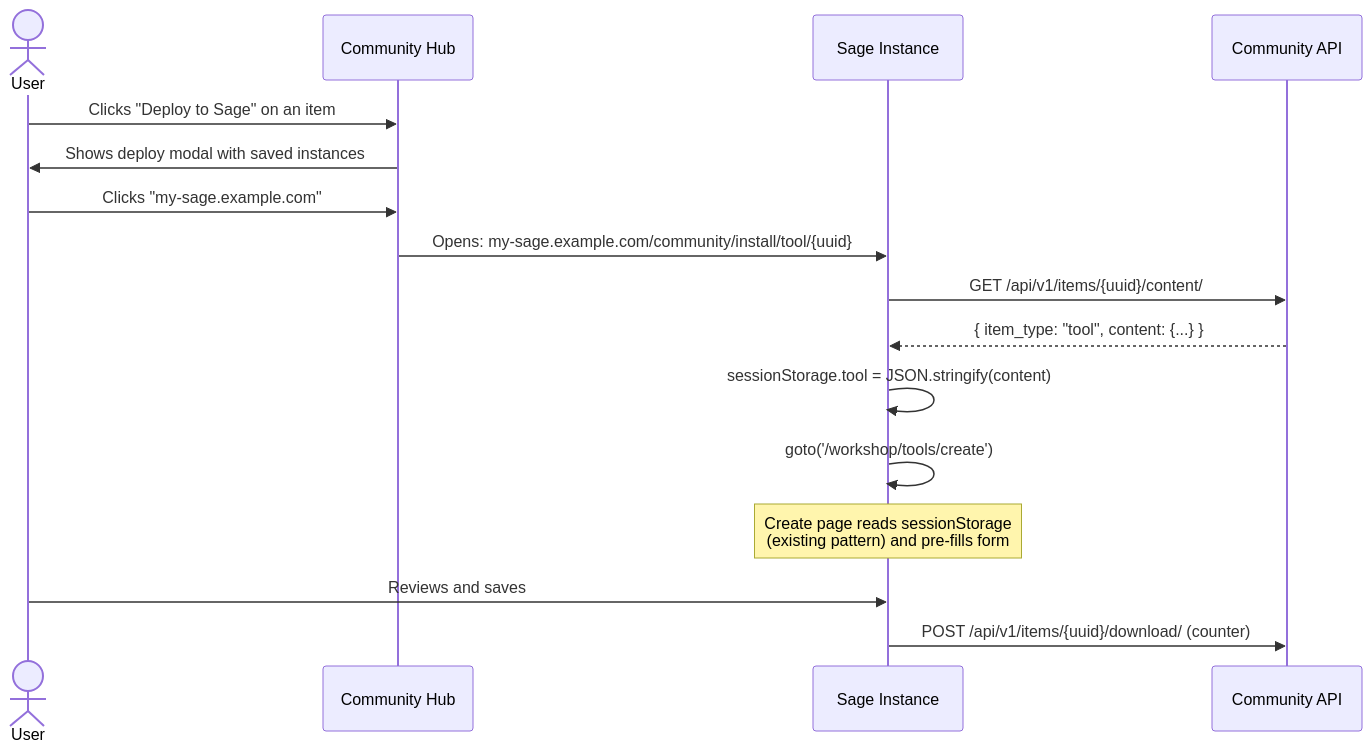
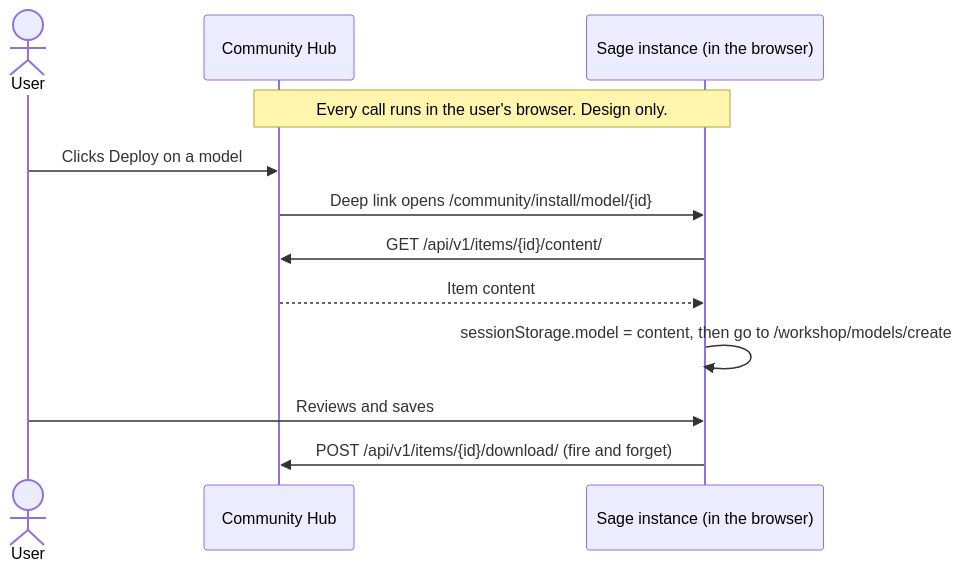
Before and after one commit to Sage-is/AI-UI: the diagram in docs/community-hub.md, drawn with Mermaid. The commit also changed other lines of this file and 44 other files, not shown here.

````diff
--- a/docs/community-hub.md
+++ b/docs/community-hub.md
@@ -56,19 +149,15 @@
 ```mermaid
 sequenceDiagram
     actor U as User
-    participant C as Community Hub
-    participant S as Sage Instance
-    participant API as Community API
+    participant H as Community Hub
+    participant S as Sage instance (in the browser)
 
-    U->>C: Clicks "Deploy to Sage" on an item
-    C->>U: Shows deploy modal with saved instances
-    U->>C: Clicks "my-sage.example.com"
-    C->>S: Opens: my-sage.example.com/community/install/tool/{uuid}
-    S->>API: GET /api/v1/items/{uuid}/content/
-    API-->>S: { item_type: "tool", content: {...} }
-    S->>S: sessionStorage.tool = JSON.stringify(content)
-    S->>S: goto('/workshop/tools/create')
-    Note over S: Create page reads sessionStorage<br/>(existing pattern) and pre-fills form
+    Note over H,S: Every call runs in the user's browser. Design only.
+    U->>H: Clicks Deploy on a model
+    H->>S: Deep link opens /community/install/model/{id}
+    S->>H: GET /api/v1/items/{id}/content/
+    H-->>S: Item content
+    S->>S: sessionStorage.model = content, then go to /workshop/models/create
     U->>S: Reviews and saves
-    S->>API: POST /api/v1/items/{uuid}/download/ (counter)
+    S->>H: POST /api/v1/items/{id}/download/ (fire and forget)
 ```
````
